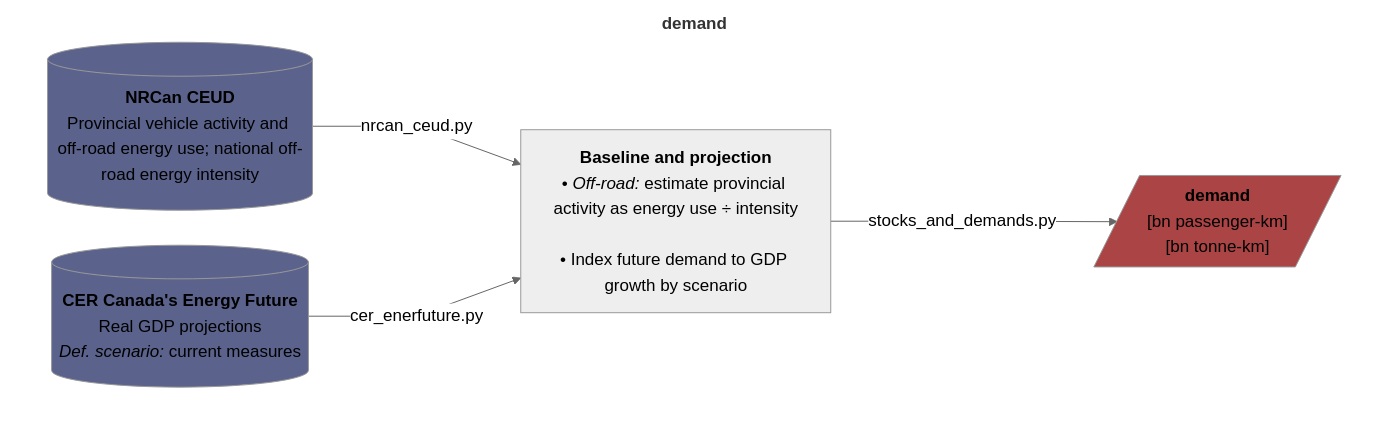
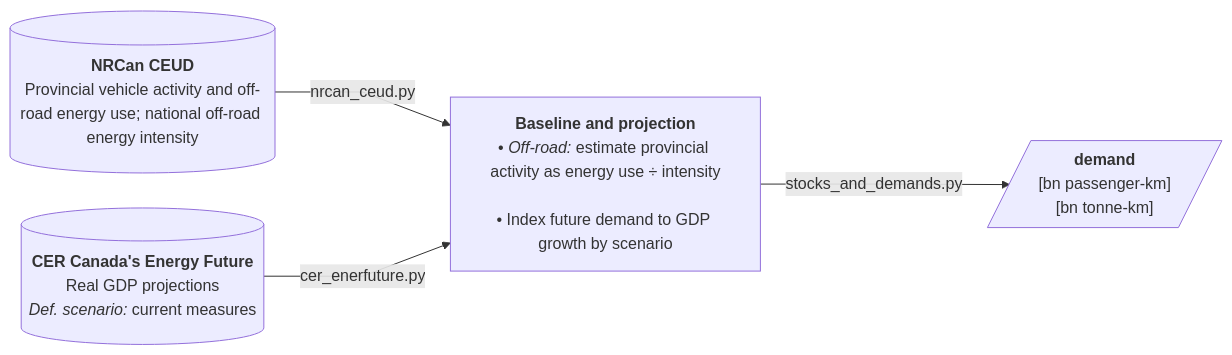
Before and after one commit to CANOE-main/canoe-transportation: the fourth of 9 diagrams in README.md, drawn with Mermaid. The commit also changed other lines of this file, not shown here.

Commit message:
Finally fixed flowchart color rendering. - removed any custom color rules and left themes by default. This fixes color rendering mismatches.

````diff
--- a/README.md
+++ b/README.md
@@ -276,42 +242,27 @@
 ```mermaid
 ---
 config:
   layout: dagre
-  theme: neutral
-  themeVariables:
-    fontSize: 17px
   flowchart:
     nodeSpacing: 35
     rankSpacing: 50
     wrappingWidth: 250
     curve: linear
 ---
 flowchart LR
-  subgraph canvas["`**demand**`"]
-  direction LR
   %% --- Sources ---
   s0[("`**NRCan CEUD**<br>Provincial vehicle activity and off-road energy use; national off-road energy intensity`")]
   s1[("`**CER Canada's Energy Future**<br>Real GDP projections<br>*Def. scenario:* current measures`")]
 
   %% --- Processes ---
   p1["`**Baseline and projection**<br>• *Off-road:* estimate provincial activity as energy use ÷ intensity<br><br>• Index future demand to GDP growth by scenario`"]
 
   s0 -- nrcan_ceud.py --> p1
   s1 -- cer_enerfuture.py --> p1
 
   p1 -- stocks_and_demands.py --> o1[/"`**demand**<br>[bn passenger-km]<br>[bn tonne-km]`"/]
-  end
-
-  %% --- Styling ---
-  style canvas fill:#ffffff,stroke:#ffffff
-  classDef database fill:#5b638c
-  classDef doc fill:#608c5b
-  classDef output fill:#ab4444
-
-  class s0,s1 database;
-  class o1 output;
 
   %% --- Hyperlinks ---
   click s0 "https://oee.nrcan.gc.ca/corporate/statistics/neud/dpa/menus/trends/comprehensive_tables/list.cfm"
   click s1 "https://open.canada.ca/data/en/dataset/07c42deb-9435-43b9-a416-7ce316f3893d"
 ```
````
